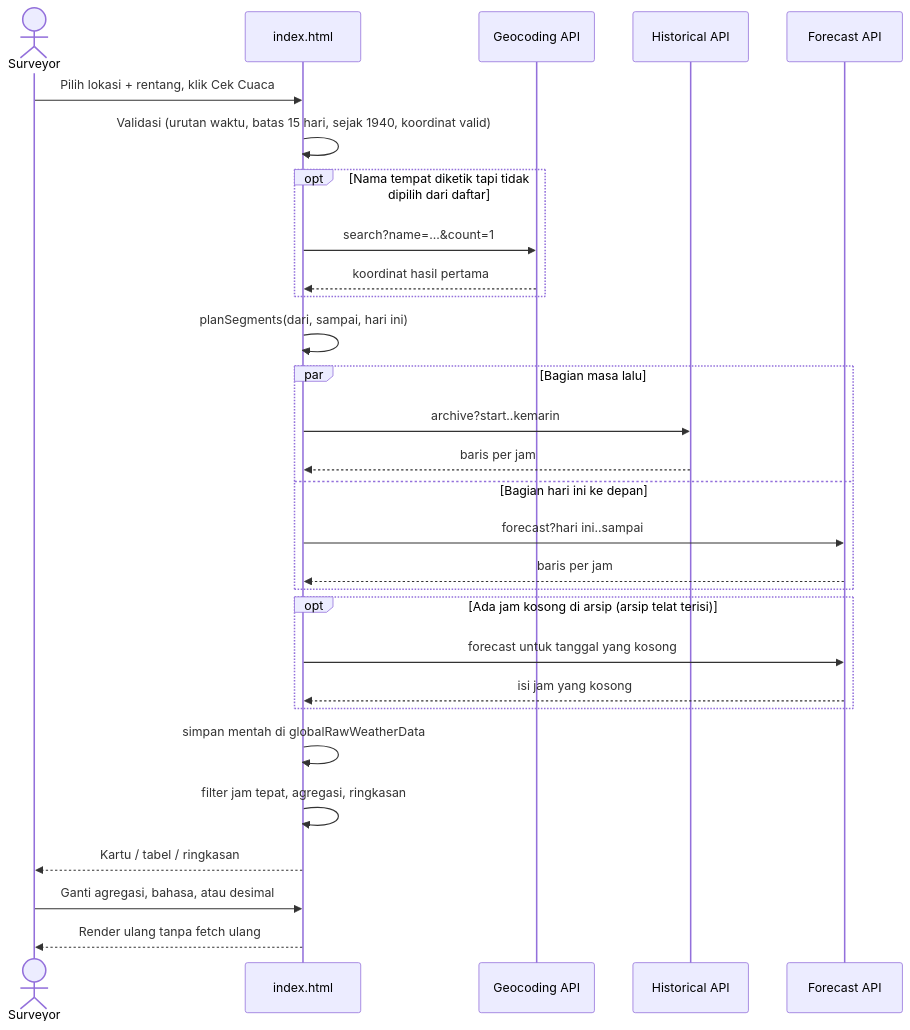
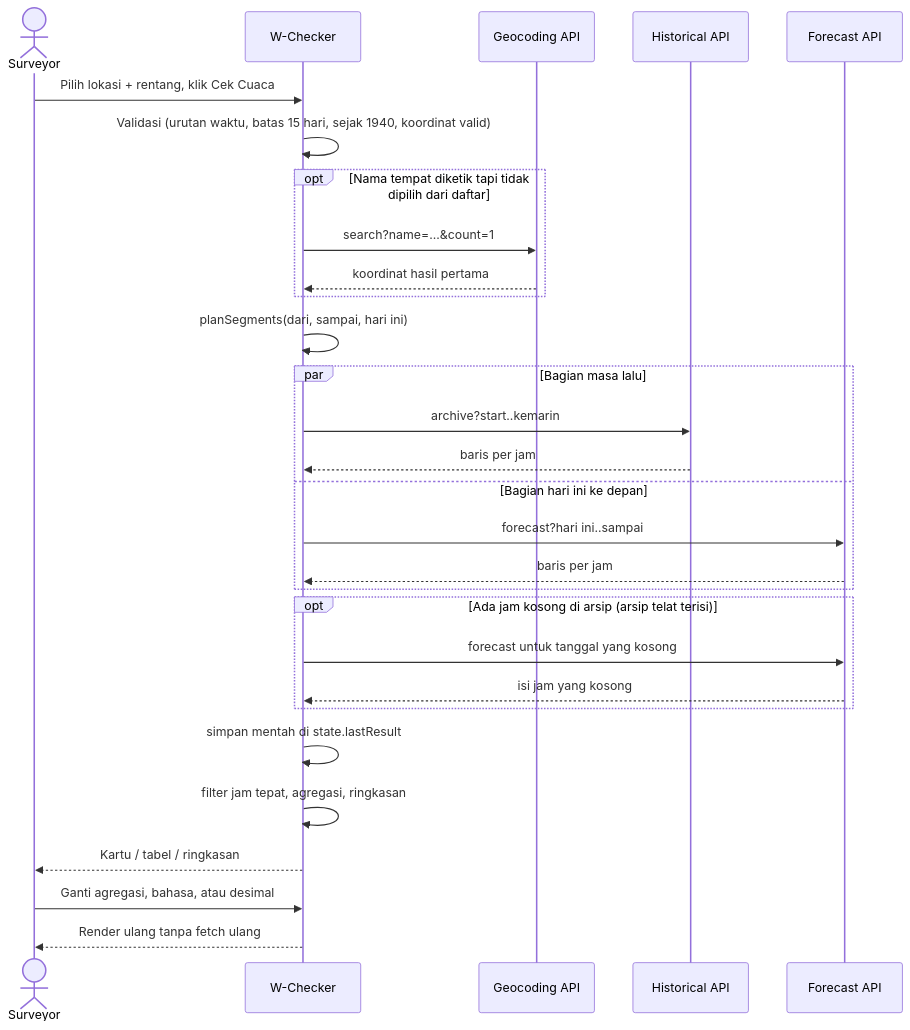
One commit to TeslaboyS39/w-checker changed the second of 3 diagrams in docs/SYSTEM_DESIGN.md. Above: the diagram before and after it, drawn with Mermaid. The commit also changed other lines of this file and 12 other files, not shown here.

````diff
--- a/docs/SYSTEM_DESIGN.md
+++ b/docs/SYSTEM_DESIGN.md
@@ -95,32 +103,32 @@
 ```mermaid
 sequenceDiagram
     actor U as Surveyor
-    participant App as index.html
+    participant App as W-Checker
     participant Geo as Geocoding API
     participant Ar as Historical API
     participant Fc as Forecast API
 
     U->>App: Pilih lokasi + rentang, klik Cek Cuaca
     App->>App: Validasi (urutan waktu, batas 15 hari, sejak 1940, koordinat valid)
     opt Nama tempat diketik tapi tidak dipilih dari daftar
         App->>Geo: search?name=...&count=1
         Geo-->>App: koordinat hasil pertama
     end
     App->>App: planSegments(dari, sampai, hari ini)
     par Bagian masa lalu
         App->>Ar: archive?start..kemarin
         Ar-->>App: baris per jam
     and Bagian hari ini ke depan
         App->>Fc: forecast?hari ini..sampai
         Fc-->>App: baris per jam
     end
     opt Ada jam kosong di arsip (arsip telat terisi)
         App->>Fc: forecast untuk tanggal yang kosong
         Fc-->>App: isi jam yang kosong
     end
-    App->>App: simpan mentah di globalRawWeatherData
+    App->>App: simpan mentah di state.lastResult
     App->>App: filter jam tepat, agregasi, ringkasan
     App-->>U: Kartu / tabel / ringkasan
     U->>App: Ganti agregasi, bahasa, atau desimal
     App-->>U: Render ulang tanpa fetch ulang
 ```
````
